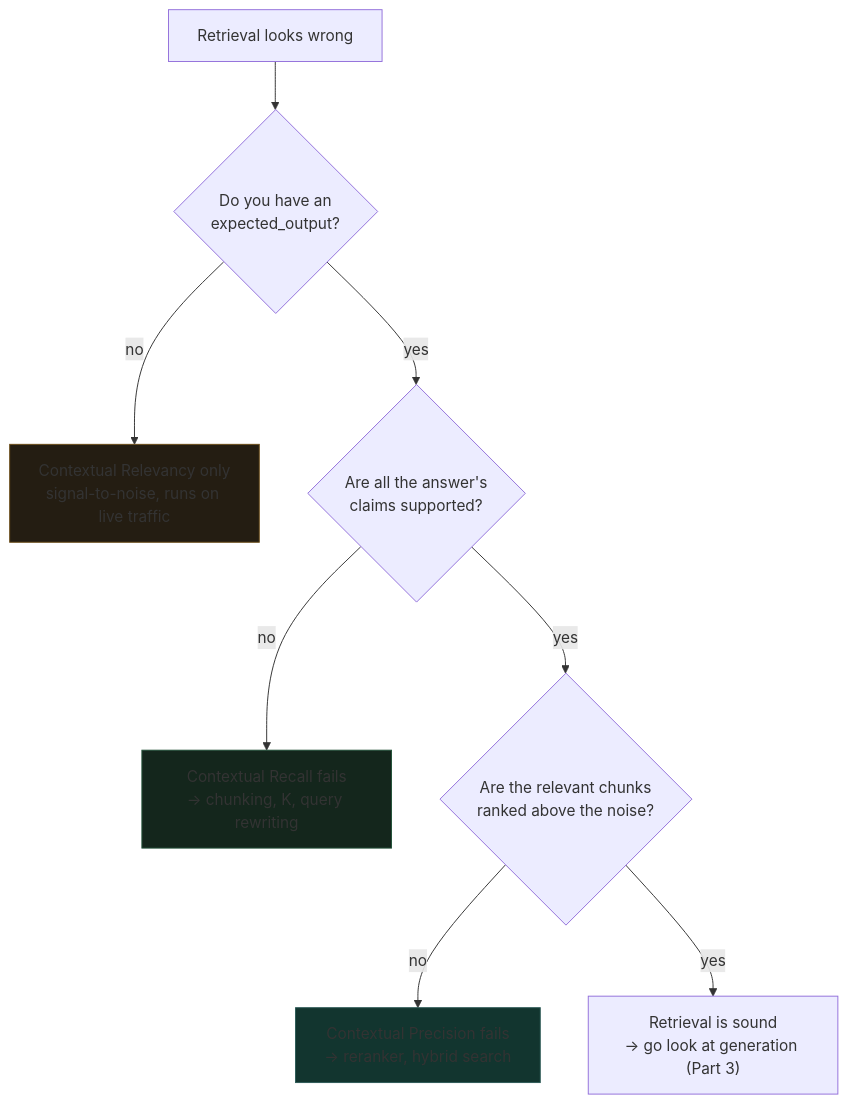
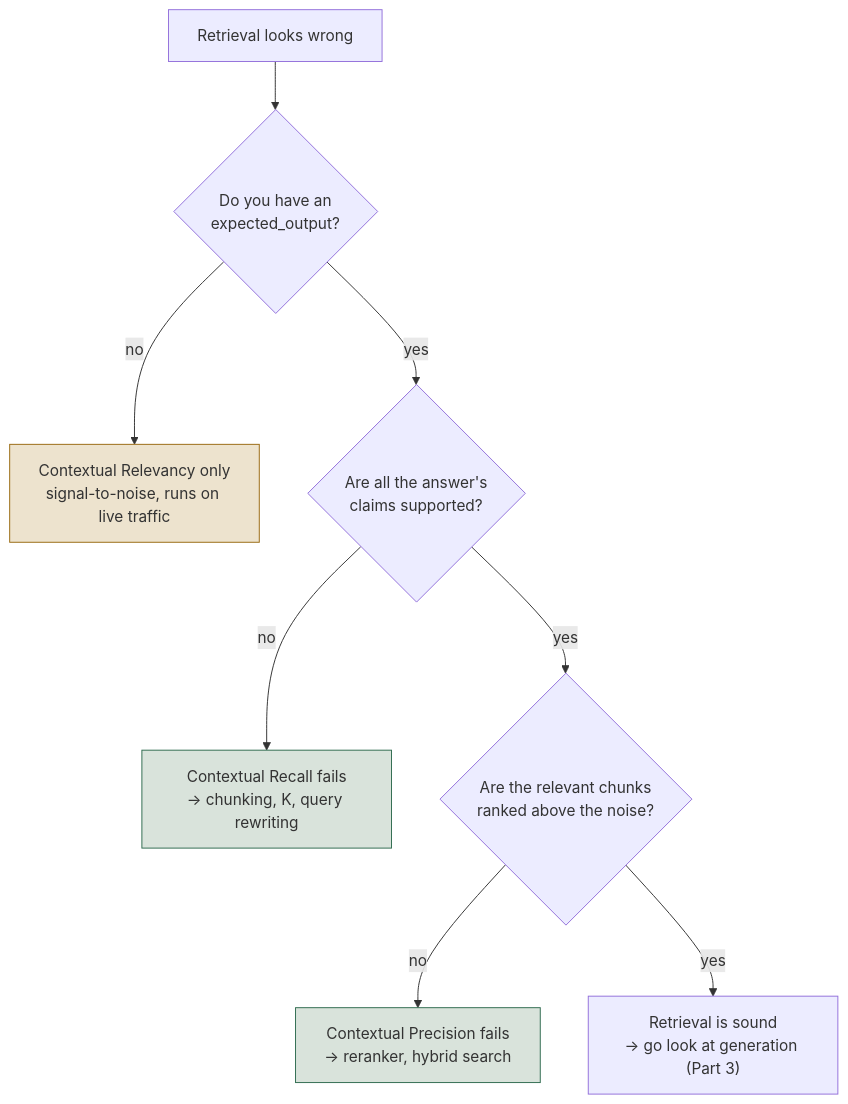
Before and after one commit to Sourav692/Agent_Evaluation_Demystified: the second of 5 diagrams in docs/concepts/rag-agent-tool-evaluation.md, drawn with Mermaid. The commit also changed other lines of this file and 17 other files, not shown here.

````diff
--- a/docs/concepts/rag-agent-tool-evaluation.md
+++ b/docs/concepts/rag-agent-tool-evaluation.md
@@ -658,14 +658,14 @@
 ```mermaid
 flowchart TD
     S["Retrieval looks wrong"] --> Q1{"Do you have an<br/>expected_output?"}
     Q1 -->|no| REL["Contextual Relevancy only<br/>signal-to-noise, runs on live traffic"]
     Q1 -->|yes| Q2{"Are all the answer's<br/>claims supported?"}
     Q2 -->|no| CR["Contextual Recall fails<br/>→ chunking, K, query rewriting"]
     Q2 -->|yes| Q3{"Are the relevant chunks<br/>ranked above the noise?"}
     Q3 -->|no| CP["Contextual Precision fails<br/>→ reranker, hybrid search"]
     Q3 -->|yes| OK["Retrieval is sound<br/>→ go look at generation (Part 3)"]
 
-    style CR fill:#14261c,stroke:#24523a
-    style CP fill:#12352f,stroke:#2c5a56
-    style REL fill:#241d12,stroke:#6b4c18
+    style CR fill:#D9E3DB,stroke:#2F6B4F
+    style CP fill:#D9E3DB,stroke:#2F6B4F
+    style REL fill:#EDE3CE,stroke:#9A6A12
 ```
````
